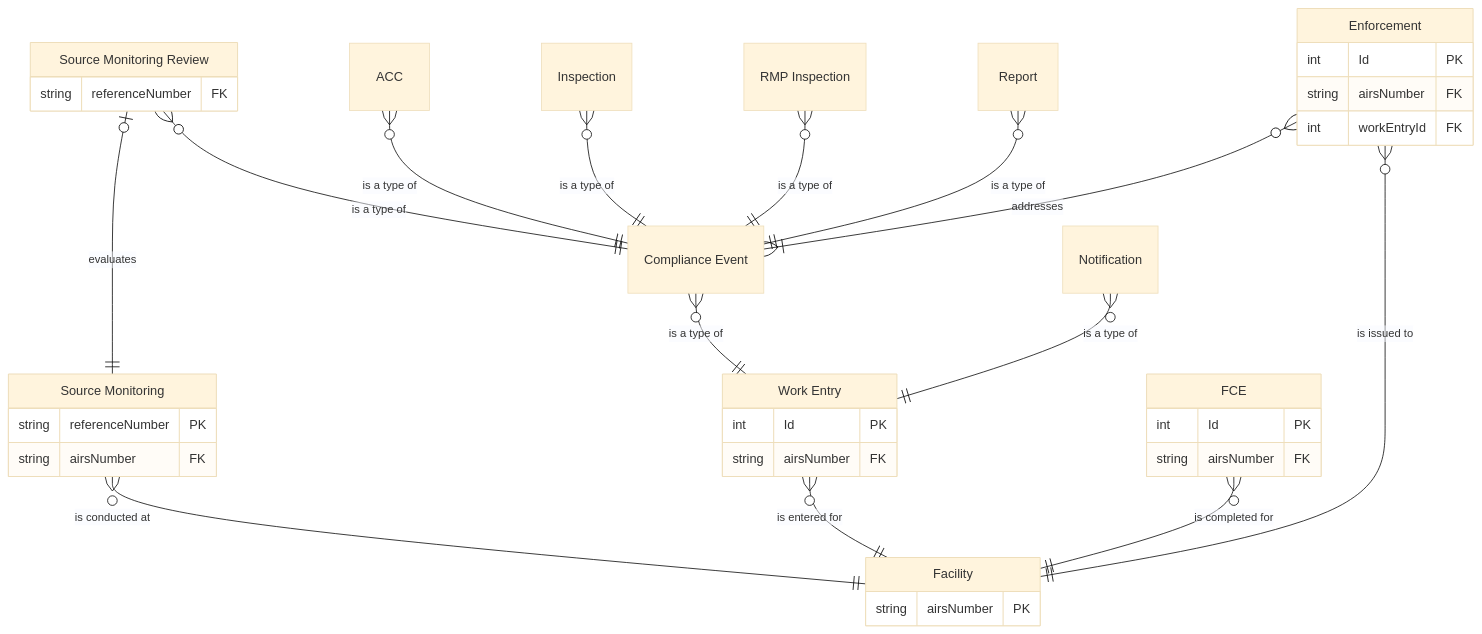
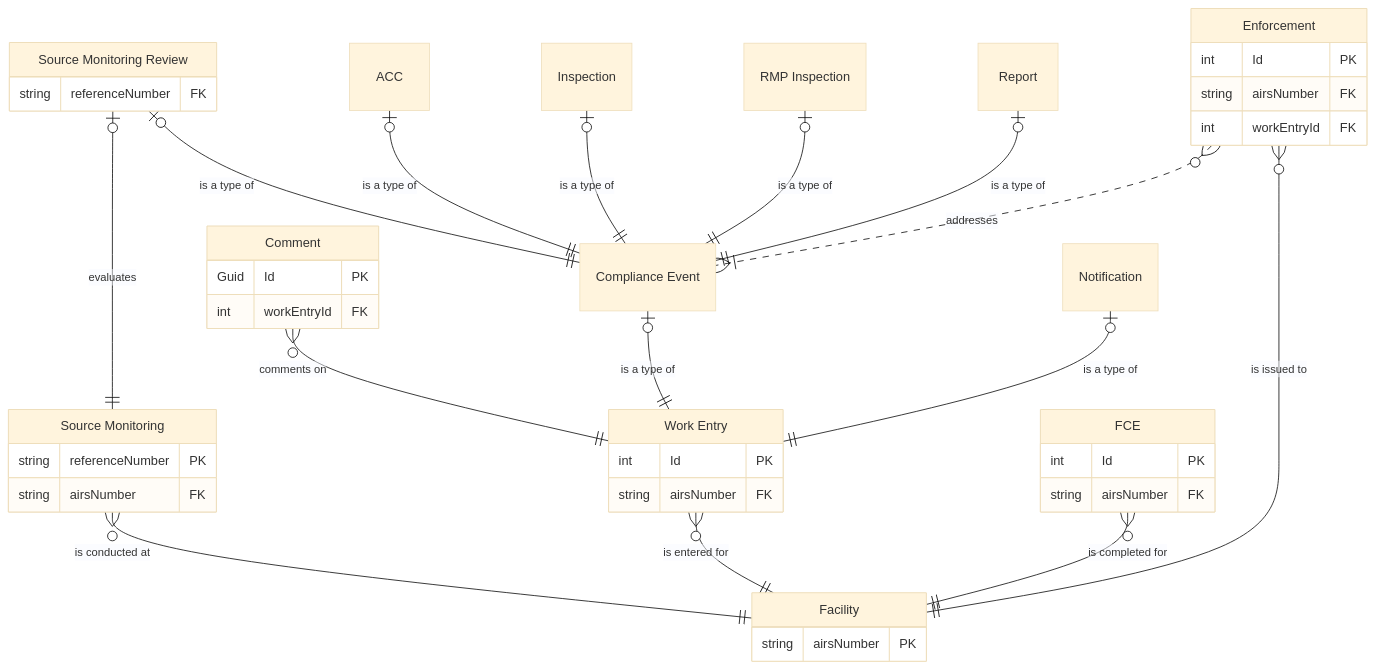
Before and after one commit to gaepdit/air-web: the diagram in docs/Entity-relationship-diagram.md, drawn with Mermaid (base theme). The commit also changed other lines of this file, not shown here.

Commit message:
Add comments to ERD

````diff
--- a/docs/Entity-relationship-diagram.md
+++ b/docs/Entity-relationship-diagram.md
@@ -28,60 +28,67 @@
 ```mermaid
 erDiagram
 
 FAC["Facility"] {
     string airsNumber PK
 }
 
 MON["Source Monitoring"] {
     string referenceNumber PK
     string airsNumber FK
 }
 
 FCE["FCE"] {
     int Id PK
     string airsNumber FK
 }
 
 WRK["Work Entry"] {
     int Id PK
     string airsNumber FK
 }
 
     CME["Compliance Event"]
 
-        STR["Source Monitoring Review"] {
+        SMR["Source Monitoring Review"] {
             string referenceNumber FK
         }
         ACC["ACC"]
         INS["Inspection"]
         RMP["RMP Inspection"]
         REP["Report"]
 
     NOT["Notification"]
 
+COM["Comment"] {
+    Guid Id PK
+    int workEntryId FK
+}
+
 ENF["Enforcement"] {
     int Id PK
     string airsNumber FK
     int workEntryId FK
 }
 
 
-STR }o--|| CME : "is a type of"
-ACC }o--|| CME : "is a type of"
-INS }o--|| CME : "is a type of"
-RMP }o--|| CME : "is a type of"
-REP }o--|| CME : "is a type of"
+SMR |o--|| CME : "is a type of"
+ACC |o--|| CME : "is a type of"
+INS |o--|| CME : "is a type of"
+RMP |o--|| CME : "is a type of"
+REP |o--|| CME : "is a type of"
 
-CME }o--|| WRK : "is a type of"
-NOT }o--|| WRK : "is a type of"
+COM }o--|| WRK : "comments on"
 
-STR |o--|| MON : "evaluates"
+CME |o--|| WRK : "is a type of"
+NOT |o--|| WRK : "is a type of"
+
+SMR |o--|| MON : "evaluates"
 
 MON }o--|| FAC : "is conducted at"
 WRK }o--|| FAC : "is entered for"
 FCE }o--|| FAC : "is completed for"
 ENF }o--|| FAC : "is issued to"
 
-ENF }o--|{ CME : "addresses"
+ENF }o..|{ CME : "addresses"
 
 ```
````
